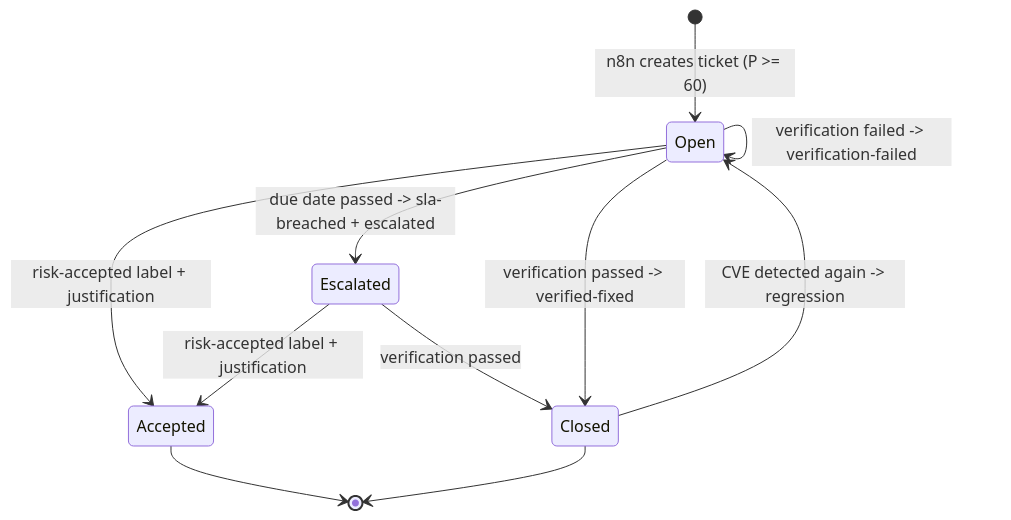
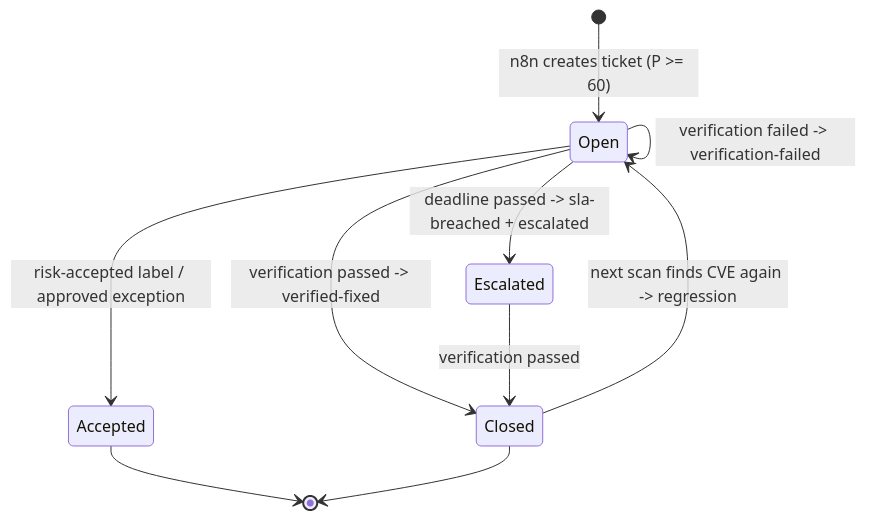
Before and after one commit to aminsmida2022-alt/Vulproject: the diagram in documentation/report-kit/diagrams/d3-ticket-lifecycle.mmd, drawn with Mermaid. The commit also changed 49 other files, not shown here.

```diff
--- a/documentation/report-kit/diagrams/d3-ticket-lifecycle.mmd
+++ b/documentation/report-kit/diagrams/d3-ticket-lifecycle.mmd
@@ -1,12 +1,11 @@
 stateDiagram-v2
     [*] --> Open: n8n creates ticket (P >= 60)
-    Open --> Open: SLA 75% -> sla-warning
-    Open --> Escalated: due date passed -> sla-breached + escalated
+    Open --> Open: 75% of SLA elapsed -> sla-warning
+    Open --> Escalated: deadline passed -> sla-breached + escalated
+    Open --> Closed: verification passed -> verified-fixed
+    Open --> Open: verification failed -> verification-failed
+    Open --> Accepted: risk-accepted label / approved exception
+    Closed --> Open: next scan finds CVE again -> regression
     Escalated --> Closed: verification passed
-    Open --> Open: verification failed -> verification-failed
-    Open --> Closed: verification passed -> verified-fixed
-    Open --> Accepted: risk-accepted label + justification
-    Escalated --> Accepted: risk-accepted label + justification
-    Closed --> Open: CVE detected again -> regression
     Accepted --> [*]
     Closed --> [*]
```
